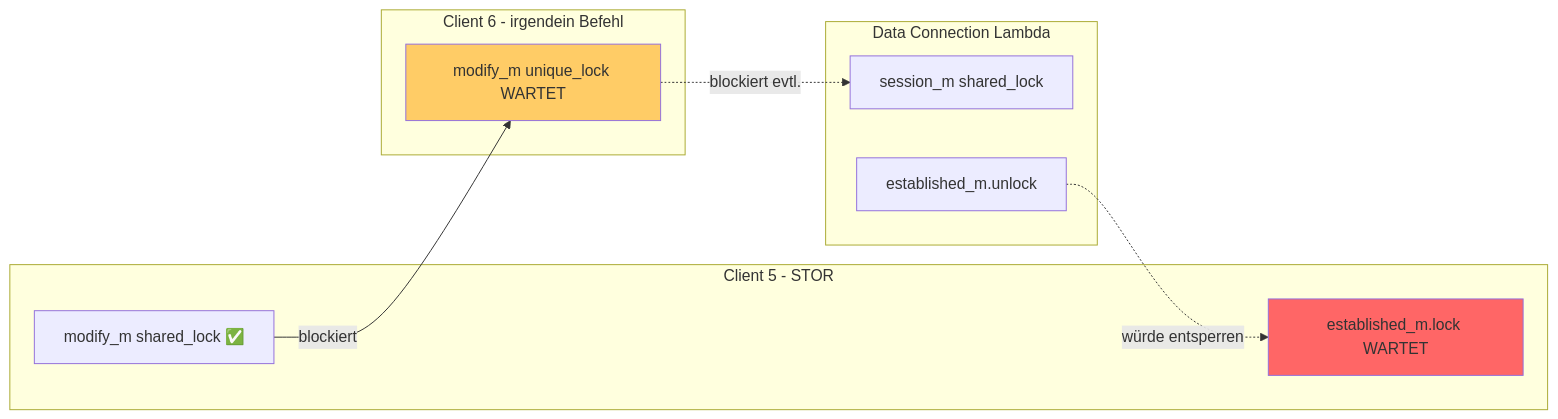
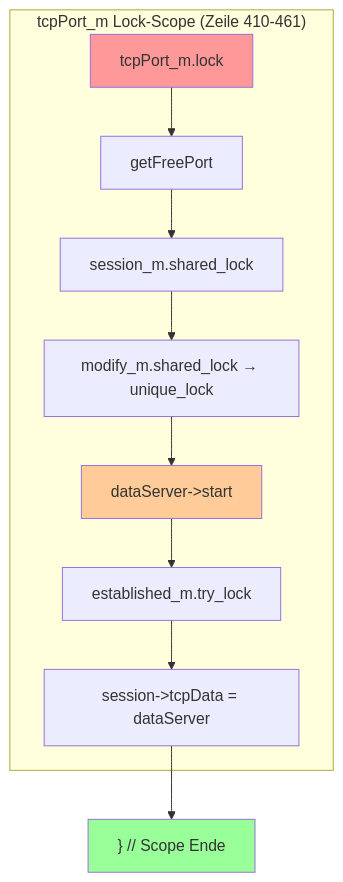
Before and after one commit to nilshenrich/TCP_ServerClient: diagram 12 of 17 in src/ftp/issue-14/ANALYSE.md, drawn with Mermaid. The commit also changed other lines of this file and 1 other file, not shown here.

Commit message:
Analysis update: Mind shared lock

````diff
--- a/src/ftp/issue-14/ANALYSE.md
+++ b/src/ftp/issue-14/ANALYSE.md
@@ -295,23 +397,21 @@
 ```mermaid
-flowchart LR
-    subgraph Client5[Client 5 - STOR]
-        A1[modify_m shared_lock ✅]
-        A2[established_m.lock WARTET]
+flowchart TD
+    subgraph Scope["tcpPort_m Lock-Scope (Zeile 410-461)"]
+        A[tcpPort_m.lock]
+        B[getFreePort]
+        C[session_m.shared_lock]
+        D[modify_m.shared_lock → unique_lock]
+        E[dataServer->start]
+        F[established_m.try_lock]
+        G[session->tcpData = dataServer]
     end
 
-    subgraph Client6[Client 6 - irgendein Befehl]
-        B1[modify_m unique_lock WARTET]
-    end
+    A --> B --> C --> D --> E --> F --> G
 
-    subgraph DataConn[Data Connection Lambda]
-        C1[session_m shared_lock]
-        C2[established_m.unlock]
-    end
+    H["} // Scope Ende"]
+    G --> H
 
-    A1 -->|blockiert| B1
-    B1 -.->|blockiert evtl.| C1
-    C2 -.->|würde entsperren| A2
-
-    style A2 fill:#ff6666
-    style B1 fill:#ffcc66
+    style A fill:#ff9999
+    style H fill:#99ff99
+    style E fill:#ffcc99
 ```
````
